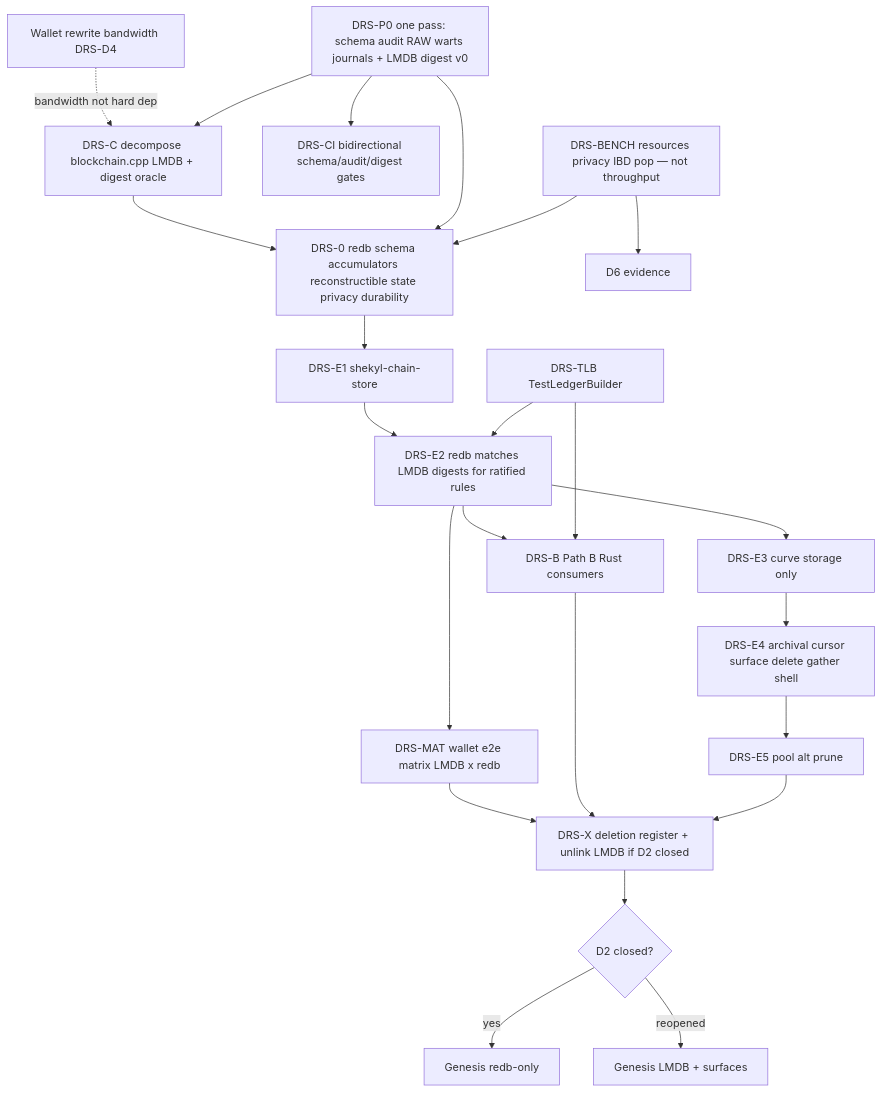
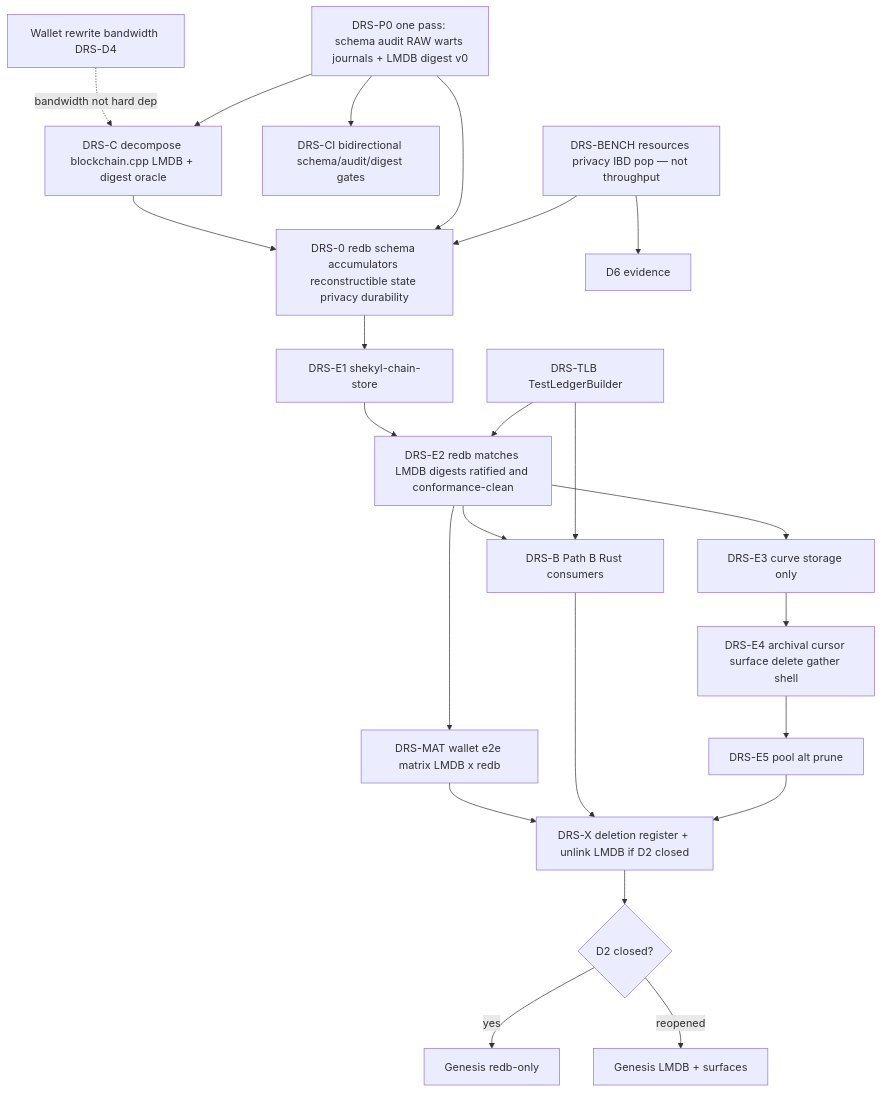
The diagram in docs/design/DAEMON_REDB_STORE.md (Shekyl-Foundation/shekyl-core), drawn with Mermaid before and after one commit. The commit also changed other lines of this file and 3 other files, not shown here.

````diff
--- a/docs/design/DAEMON_REDB_STORE.md
+++ b/docs/design/DAEMON_REDB_STORE.md
@@ -490,40 +492,40 @@
 ```mermaid
 flowchart TD
   BENCH[DRS-BENCH resources privacy IBD pop — not throughput]
   P0[DRS-P0 one pass: schema audit RAW warts journals + LMDB digest v0]
   CI[DRS-CI bidirectional schema/audit/digest gates]
   TLB[DRS-TLB TestLedgerBuilder]
   W[Wallet rewrite bandwidth DRS-D4]
   C[DRS-C decompose blockchain.cpp LMDB + digest oracle]
   D0[DRS-0 redb schema accumulators reconstructible state privacy durability]
   E1[DRS-E1 shekyl-chain-store]
-  E2[DRS-E2 redb matches LMDB digests for ratified rules]
+  E2[DRS-E2 redb matches LMDB digests ratified and conformance-clean]
   E3[DRS-E3 curve storage only]
   E4[DRS-E4 archival cursor surface delete gather shell]
   E5[DRS-E5 pool alt prune]
   B[DRS-B Path B Rust consumers]
   MAT[DRS-MAT wallet e2e matrix LMDB x redb]
   X[DRS-X deletion register + unlink LMDB if D2 closed]
   G{D2 closed?}
   G1[Genesis redb-only]
   G2[Genesis LMDB + surfaces]
   BENCH --> D0
   BENCH --> D6ev[D6 evidence]
   P0 --> CI
   P0 --> C
   P0 --> D0
   TLB --> E2
   TLB --> B
   W -.->|bandwidth not hard dep| C
   C --> D0
   D0 --> E1 --> E2
   E2 --> E3 --> E4 --> E5
   E2 --> MAT
   E2 --> B
   E5 --> X
   B --> X
   MAT --> X
   X --> G
   G -->|yes| G1
   G -->|reopened| G2
 ```
````
